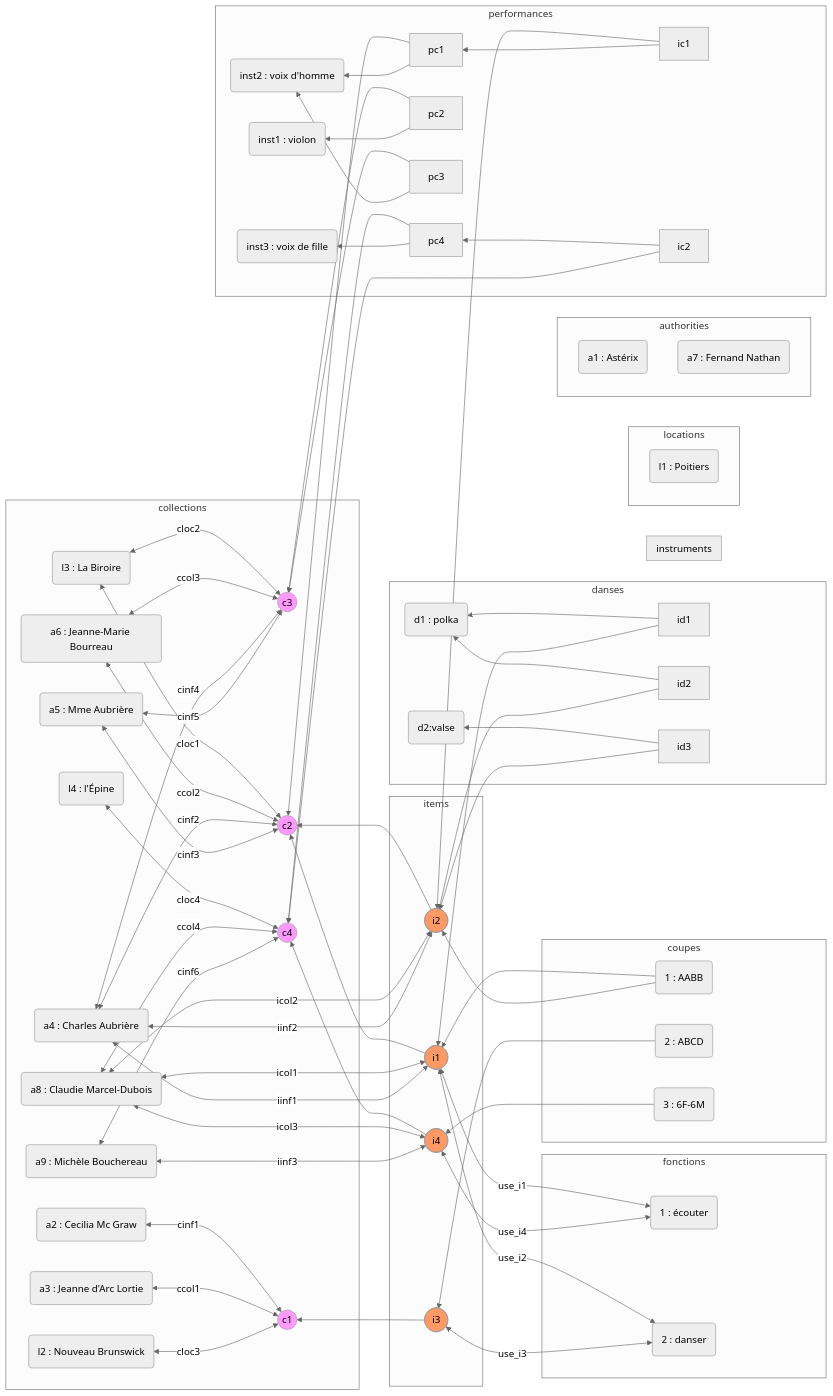
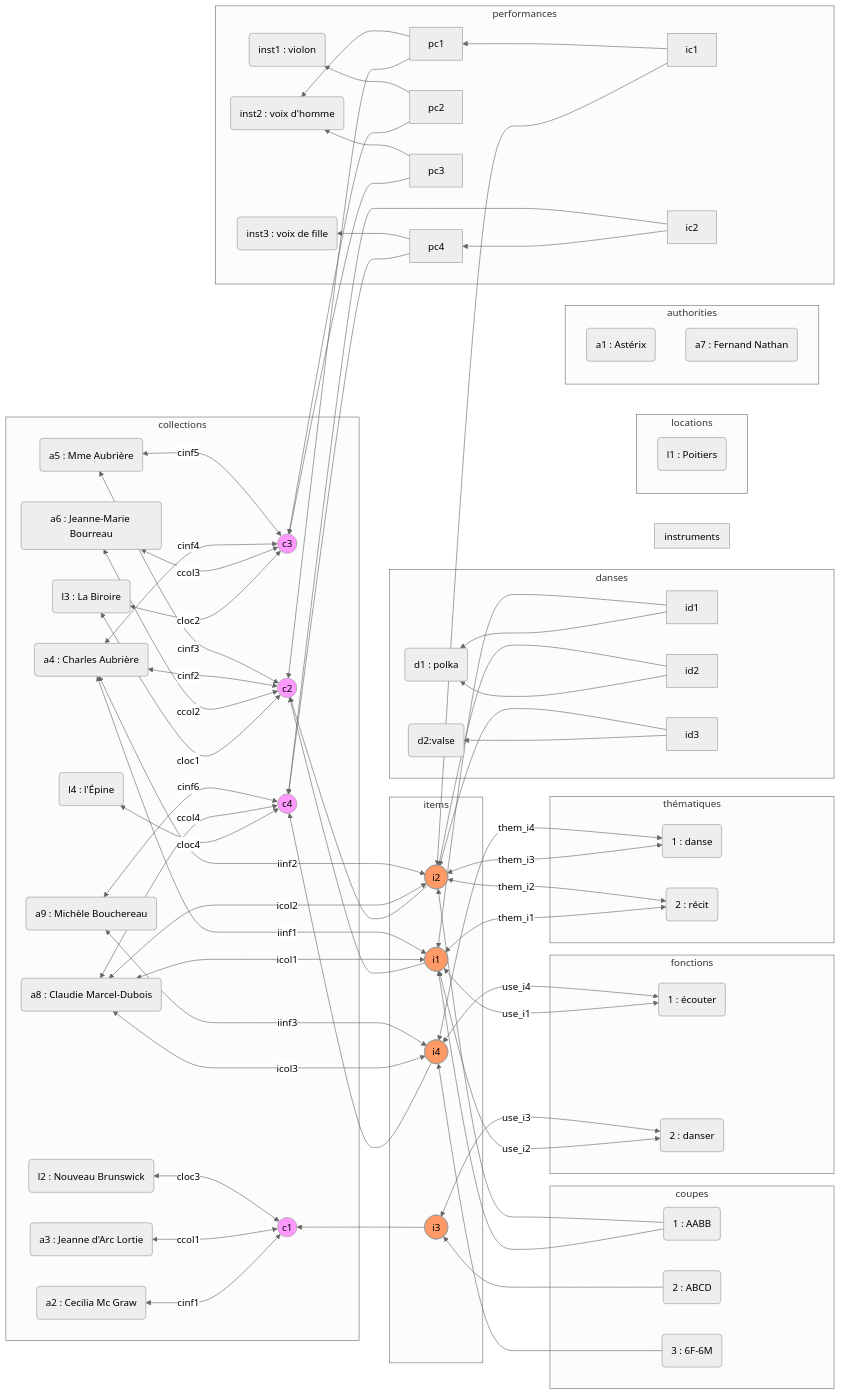
The diagram in documentation/data_test.md (Francoralite/francoralite), drawn with Mermaid before and after one commit. The commit also changed 7 other files, not shown here.

````diff
--- a/documentation/data_test.md
+++ b/documentation/data_test.md
@@ -116,4 +116,13 @@
     use2 <-- use_i3 -->  i3
     use1 <-- use_i4 -->  i4
     end
+
+    subgraph thématiques
+    them1(1 : danse)
+    them2(2 : récit)
+    them2 <-- them_i1 --> i1
+    them2 <-- them_i2 --> i2
+    them1 <-- them_i3 --> i2
+    them1 <-- them_i4 --> i4
+    end
 ```
````
